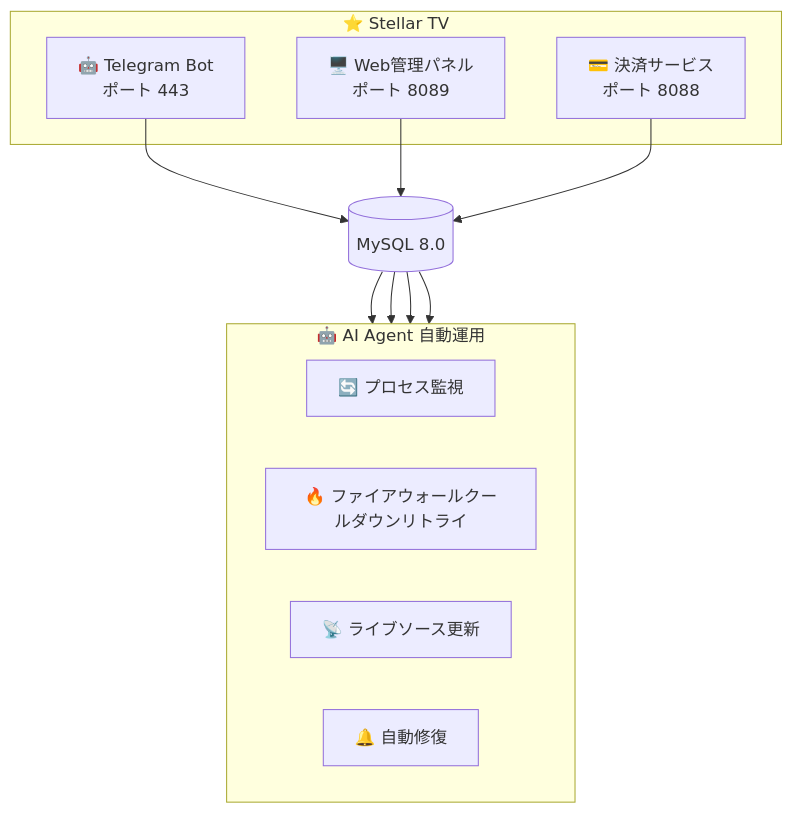
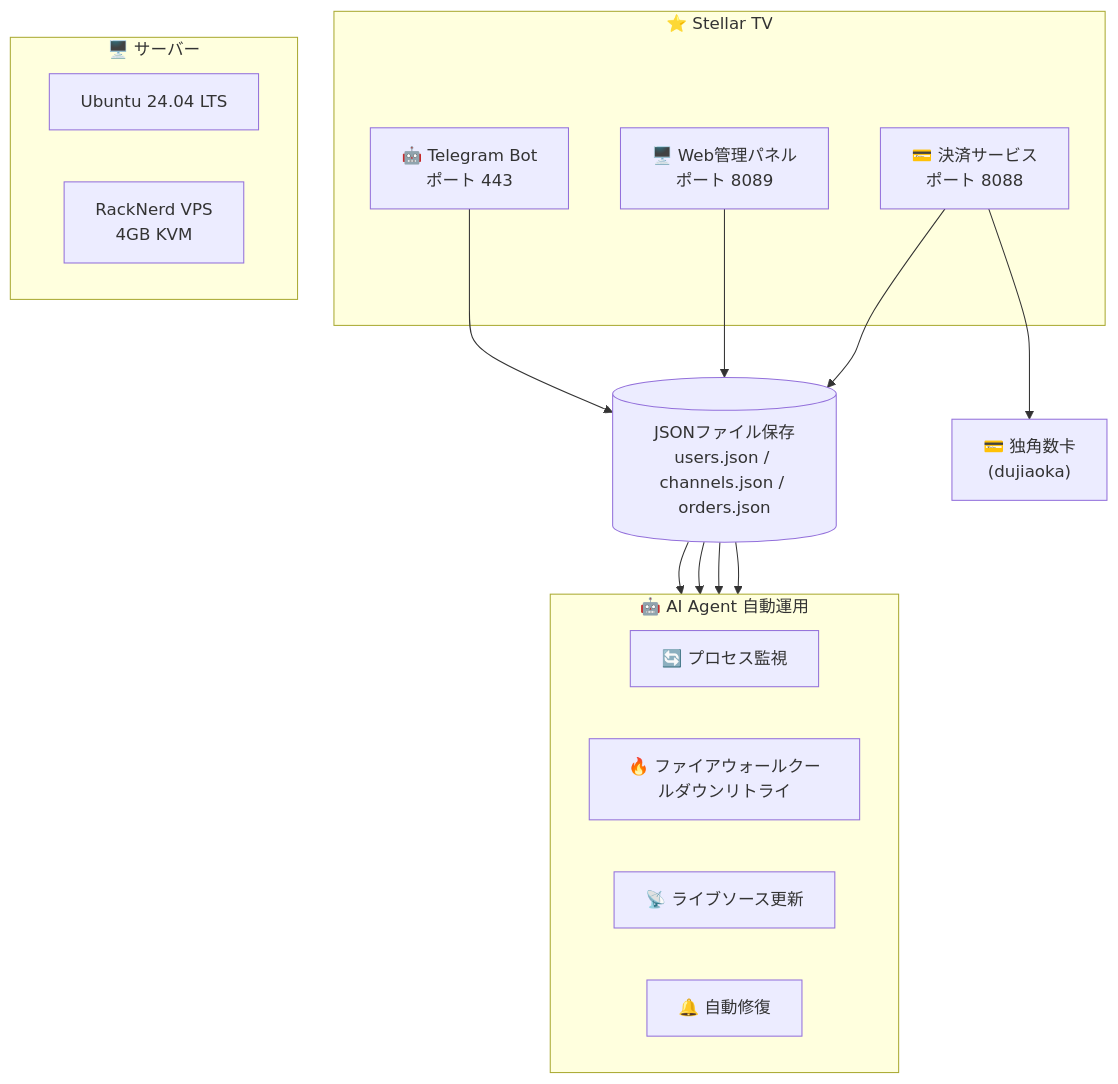
One commit to xkmuzili/starchen-iptv changed the diagram in README_JA.md. Above: the diagram before and after it, drawn with Mermaid. The commit also changed other lines of this file and 4 other files, not shown here.

````diff
--- a/README_JA.md
+++ b/README_JA.md
@@ -130,25 +130,33 @@
 ```mermaid
 graph TB
     subgraph StellarTV["⭐ Stellar TV"]
         Bot["🤖 Telegram Bot<br/>ポート 443"]
         Web["🖥️ Web管理パネル<br/>ポート 8089"]
         Pay["💳 決済サービス<br/>ポート 8088"]
     end
 
-    Bot --> DB[("MySQL 8.0")]
+    Bot --> DB[("JSONファイル保存<br/>users.json / channels.json / orders.json")]
     Web --> DB
     Pay --> DB
+
+    Pay --> PG["💳 独角数卡<br/>(dujiaoka)"]
+
+    subgraph Server["🖥️ サーバー"]
+        direction LR
+        OS["Ubuntu 24.04 LTS"]
+        VPS["RackNerd VPS<br/>4GB KVM"]
+    end
 
     subgraph AIAgent["🤖 AI Agent 自動運用"]
         direction LR
         E["🔄 プロセス監視"]
         F["🔥 ファイアウォールクールダウンリトライ"]
         G["📡 ライブソース更新"]
         H["🔔 自動修復"]
     end
 
     DB --> E
     DB --> F
     DB --> G
     DB --> H
 ```
````
